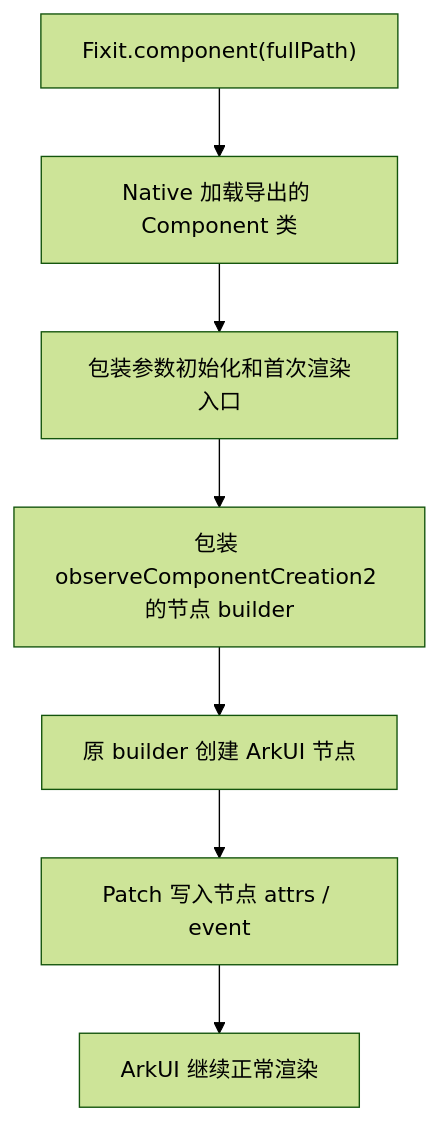
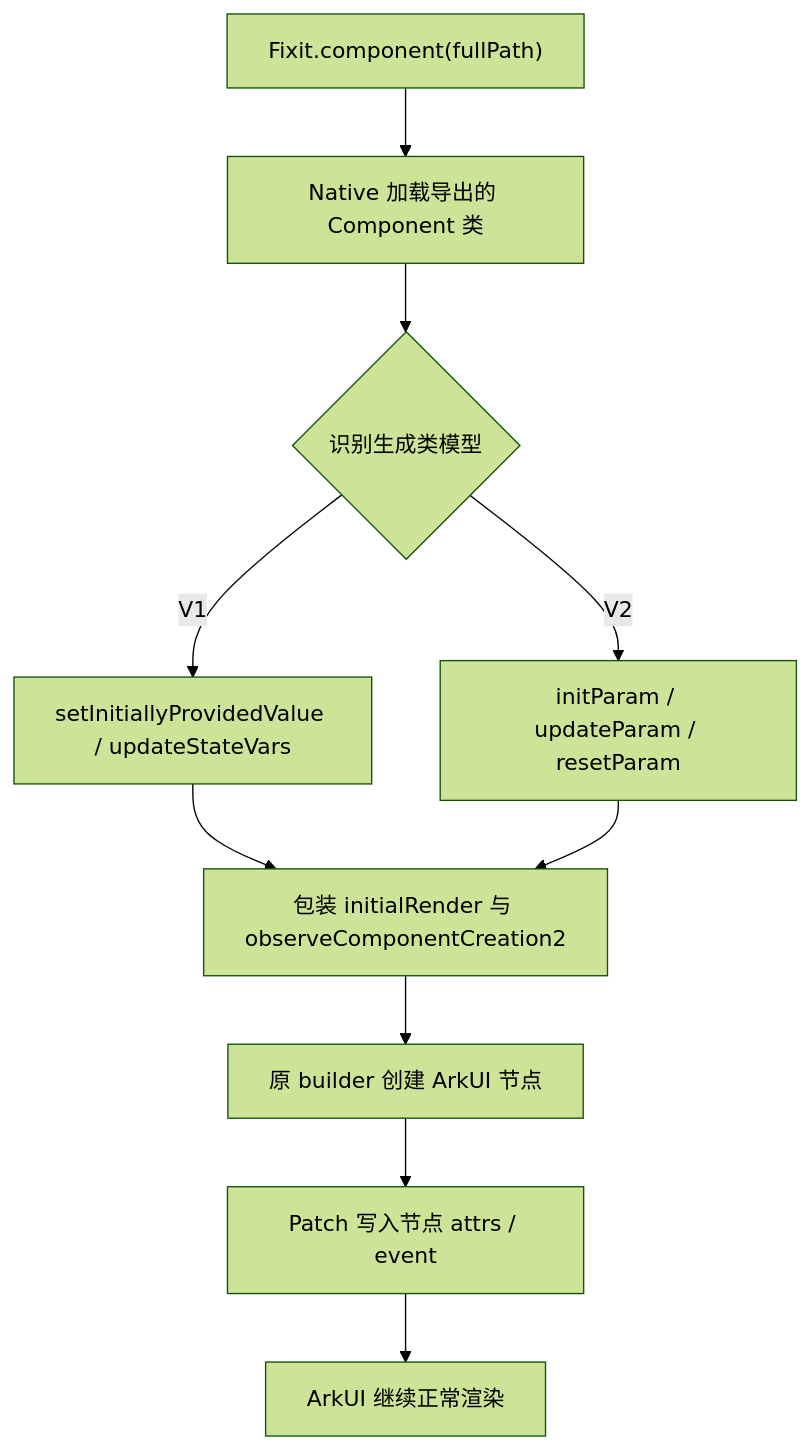
One commit to rickytan/OhosPatch changed the third of 4 diagrams in README.md. Above: the diagram before and after it, drawn with Mermaid (forest theme). The commit also changed other lines of this file and 10 other files, not shown here.

````diff
--- a/README.md
+++ b/README.md
@@ -102,9 +102,12 @@
 ```mermaid
 flowchart TD
   A["Fixit.component(fullPath)"] --> B["Native 加载导出的 Component 类"]
-  B --> C["包装参数初始化和首次渲染入口"]
-  C --> D["包装 observeComponentCreation2 的节点 builder"]
+  B --> C{"识别生成类模型"}
+  C -->|"V1"| V1["setInitiallyProvidedValue / updateStateVars"]
+  C -->|"V2"| V2["initParam / updateParam / resetParam"]
+  V1 --> D["包装 initialRender 与 observeComponentCreation2"]
+  V2 --> D
   D --> E["原 builder 创建 ArkUI 节点"]
   E --> F["Patch 写入节点 attrs / event"]
   F --> G["ArkUI 继续正常渲染"]
 ```
````
